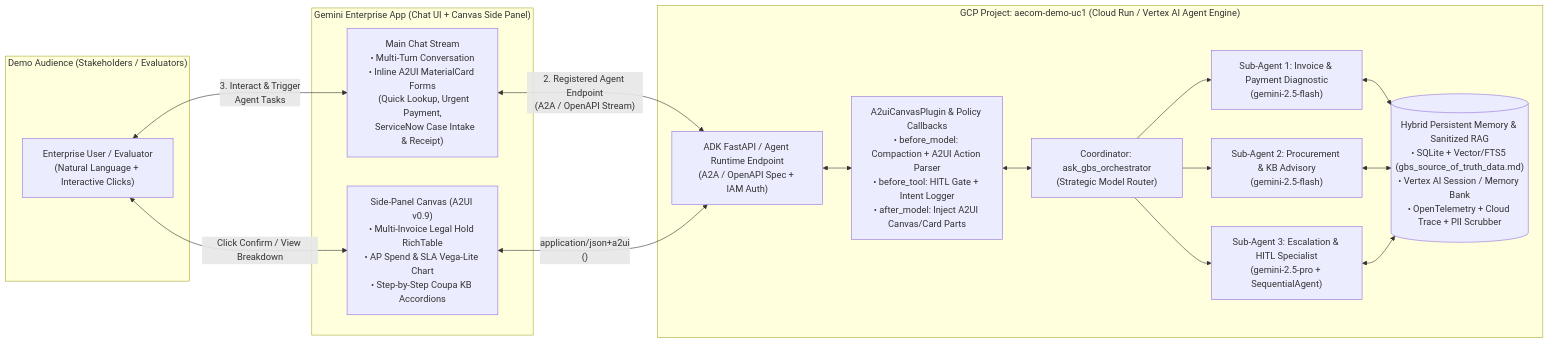
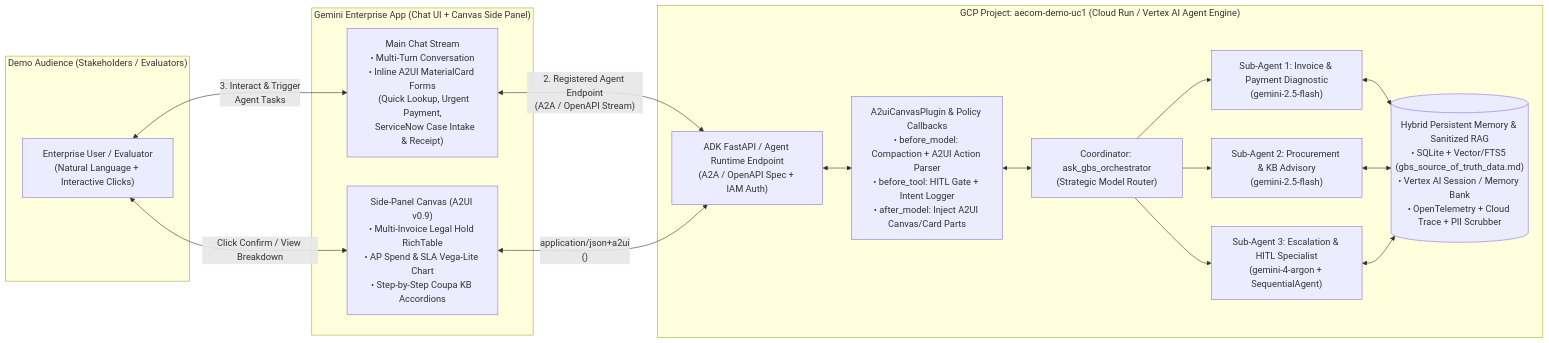
Before and after one commit to cchidi-google/ask-gbs-agent: the diagram in ai_gbs_uc1_helpdesk_agent_prd.md, drawn with Mermaid. The commit also changed other lines of this file and 10 other files, not shown here.

Commit message:
feat: switch frontier orchestration and escalation tier to Gemini 4 Argon (gemini-4-argon)

````diff
--- a/ai_gbs_uc1_helpdesk_agent_prd.md
+++ b/ai_gbs_uc1_helpdesk_agent_prd.md
@@ -65,34 +65,34 @@
 ```mermaid
 flowchart LR
     subgraph Audience["Demo Audience (Stakeholders / Evaluators)"]
         User["Enterprise User / Evaluator\n(Natural Language + Interactive Clicks)"]
     end
 
     subgraph GeminiEnterprise["Gemini Enterprise App (Chat UI + Canvas Side Panel)"]
         ChatUI["Main Chat Stream\n• Multi-Turn Conversation\n• Inline A2UI MaterialCard Forms\n  (Quick Lookup, Urgent Payment,\n   ServiceNow Case Intake & Receipt)"]
         CanvasUI["Side-Panel Canvas (A2UI v0.9)\n• Multi-Invoice Legal Hold RichTable\n• AP Spend & SLA Vega-Lite Chart\n• Step-by-Step Coupa KB Accordions"]
     end
 
     subgraph GCPHost["GCP Project: aecom-demo-uc1 (Cloud Run / Vertex AI Agent Engine)"]
         FastAPI["ADK FastAPI / Agent Runtime Endpoint\n(A2A / OpenAPI Spec + IAM Auth)"]
         Plugin["A2uiCanvasPlugin & Policy Callbacks\n• before_model: Compaction + A2UI Action Parser\n• before_tool: HITL Gate + Intent Logger\n• after_model: Inject A2UI Canvas/Card Parts"]
         Coord["Coordinator: ask_gbs_orchestrator\n(Strategic Model Router)"]
         Sub1["Sub-Agent 1: Invoice & Payment Diagnostic\n(gemini-2.5-flash)"]
         Sub2["Sub-Agent 2: Procurement & KB Advisory\n(gemini-2.5-flash)"]
-        Sub3["Sub-Agent 3: Escalation & HITL Specialist\n(gemini-2.5-pro + SequentialAgent)"]
+        Sub3["Sub-Agent 3: Escalation & HITL Specialist\n(gemini-4-argon + SequentialAgent)"]
         Mem[("Hybrid Persistent Memory & Sanitized RAG\n• SQLite + Vector/FTS5 (gbs_source_of_truth_data.md)\n• Vertex AI Session / Memory Bank\n• OpenTelemetry + Cloud Trace + PII Scrubber")]
     end
 
     User <-->|"3. Interact & Trigger\nAgent Tasks"| ChatUI
     User <-->|"Click Confirm / View Breakdown"| CanvasUI
     ChatUI <-->|"2. Registered Agent Endpoint\n(A2A / OpenAPI Stream)"| FastAPI
     CanvasUI <-->|"application/json+a2ui\n(<a2a_datapart_json>)"| FastAPI
     FastAPI <--> Plugin
     Plugin <--> Coord
     Coord --> Sub1
     Coord --> Sub2
     Coord --> Sub3
     Sub1 <--> Mem
     Sub2 <--> Mem
     Sub3 <--> Mem
 ```
````
